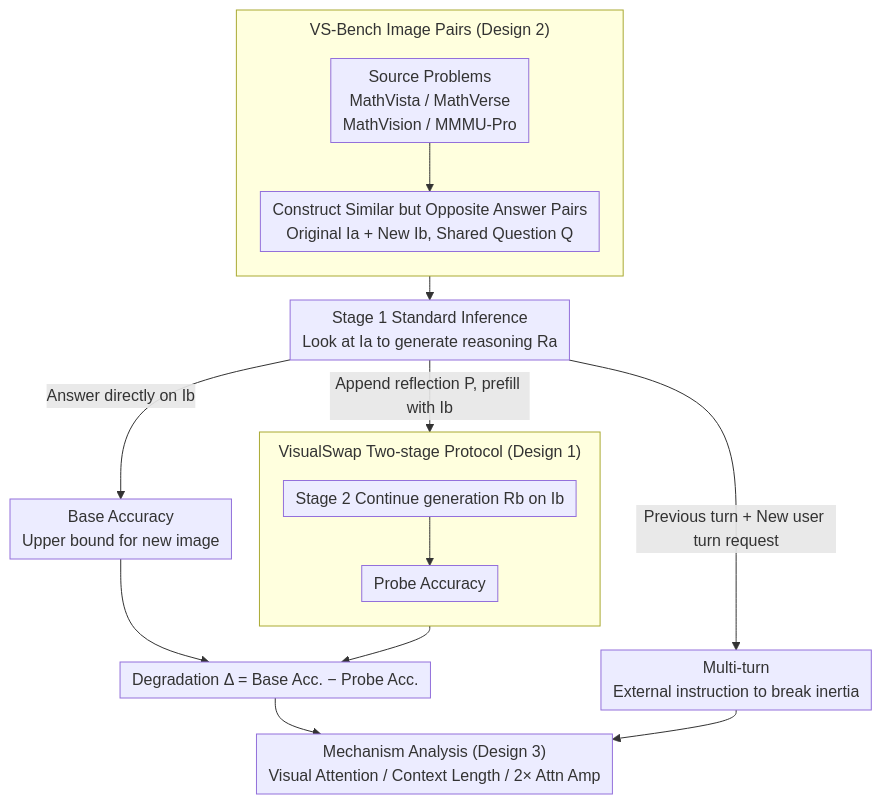
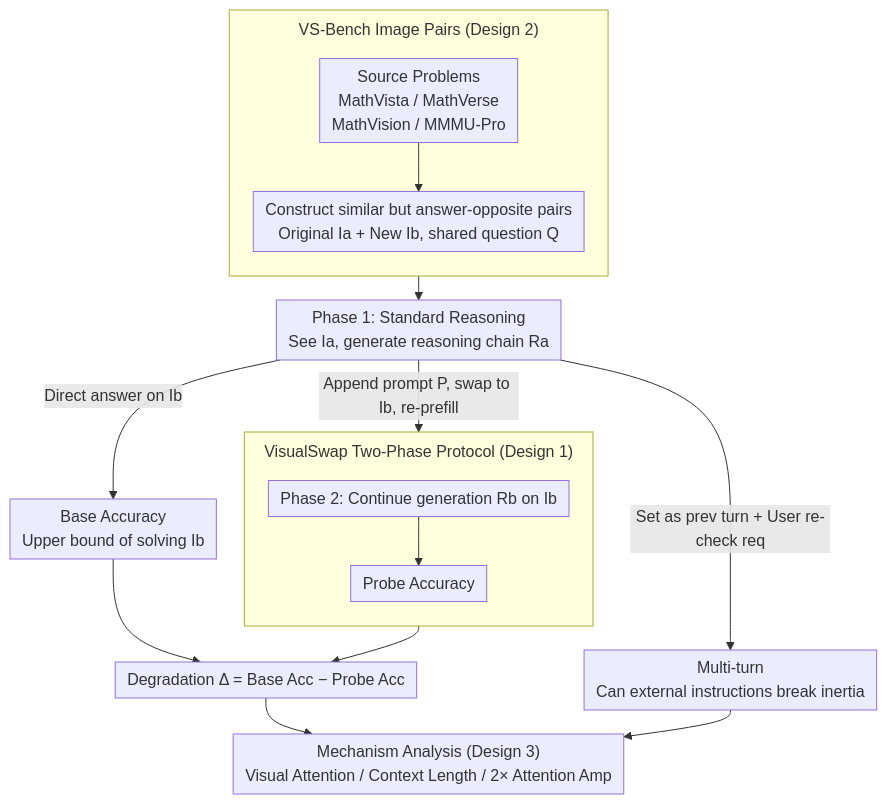
One commit to zhaoyang97/Paper-Notes-en changed the diagram in docs/ICML2026/multimodal_vlm/are_vlms_seeing_or_just_saying_uncovering_the_illusion_of_visual_re-examination.md. Above: the diagram before and after it, drawn with Mermaid. The commit also changed other lines of this file and 5084 other files, not shown here.

````diff
--- a/docs/ICML2026/multimodal_vlm/are_vlms_seeing_or_just_saying_uncovering_the_illusion_of_visual_re-examination.md
+++ b/docs/ICML2026/multimodal_vlm/are_vlms_seeing_or_just_saying_uncovering_the_illusion_of_visual_re-examination.md
@@ -54,20 +54,20 @@
 ```mermaid
 %%{init: {'flowchart': {'rankSpacing': 24, 'nodeSpacing': 28, 'padding': 6, 'wrappingWidth': 400, 'subGraphTitleMargin': {'top': 8, 'bottom': 16}}}}%%
 flowchart TD
     subgraph DATA["VS-Bench Image Pairs (Design 2)"]
         direction TB
-        S["Source Problems<br/>MathVista / MathVerse<br/>MathVision / MMMU-Pro"] --> P["Construct Similar but Opposite Answer Pairs<br/>Original Ia + New Ib, Shared Question Q"]
+        S["Source Problems<br/>MathVista / MathVerse<br/>MathVision / MMMU-Pro"] --> P["Construct similar but answer-opposite pairs<br/>Original Ia + New Ib, shared question Q"]
     end
-    DATA --> R1["Stage 1 Standard Inference<br/>Look at Ia to generate reasoning Ra"]
-    R1 -->|"Answer directly on Ib"| B["Base Accuracy<br/>Upper bound for new image"]
-    R1 -->|"Append reflection P, prefill with Ib"| SW
-    R1 -->|"Previous turn + New user turn request"| MT["Multi-turn<br/>External instruction to break inertia"]
-    subgraph PROBE["VisualSwap Two-stage Protocol (Design 1)"]
+    DATA --> R1["Phase 1: Standard Reasoning<br/>See Ia, generate reasoning chain Ra"]
+    R1 -->|"Direct answer on Ib"| B["Base Accuracy<br/>Upper bound of solving Ib"]
+    R1 -->|"Append prompt P, swap to Ib, re-prefill"| SW
+    R1 -->|"Set as prev turn + User re-check req"| MT["Multi-turn<br/>Can external instructions break inertia"]
+    subgraph PROBE["VisualSwap Two-Phase Protocol (Design 1)"]
         direction TB
-        SW["Stage 2 Continue generation Rb on Ib"] --> PA["Probe Accuracy"]
+        SW["Phase 2: Continue generation Rb on Ib"] --> PA["Probe Accuracy"]
     end
-    B --> D["Degradation Δ = Base Acc. − Probe Acc."]
+    B --> D["Degradation Δ = Base Acc − Probe Acc"]
     PA --> D
-    D --> ANA["Mechanism Analysis (Design 3)<br/>Visual Attention / Context Length / 2× Attn Amp"]
+    D --> ANA["Mechanism Analysis (Design 3)<br/>Visual Attention / Context Length / 2× Attention Amp"]
     MT --> ANA
 ```
````
